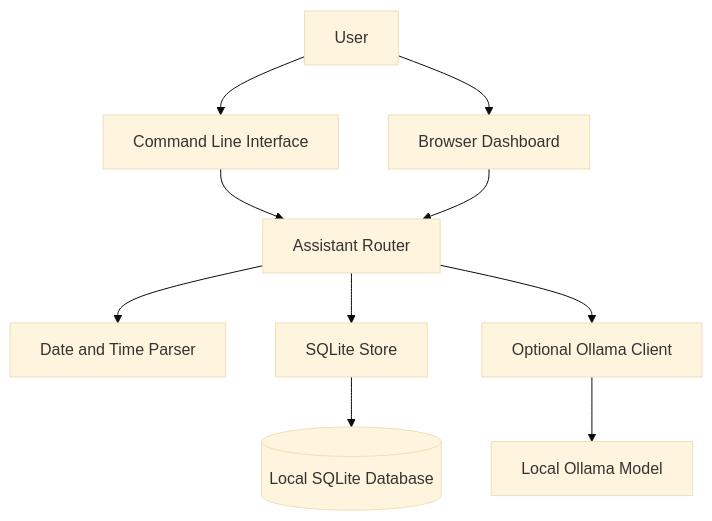
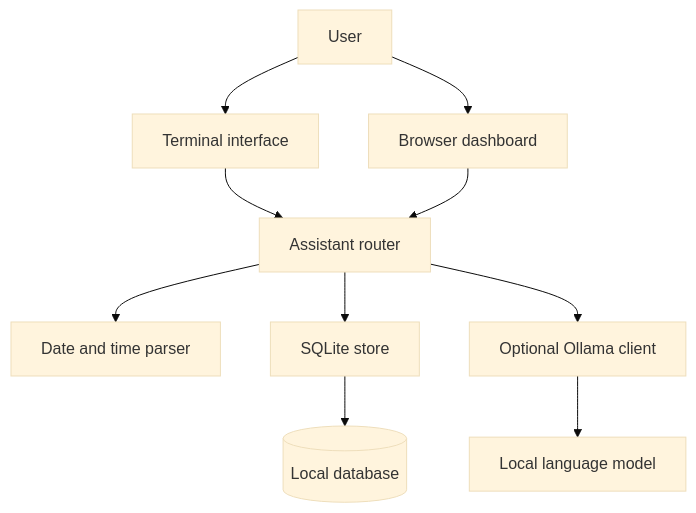
Before and after one commit to ansh44233/jarvis-assistant: the diagram in README.md, drawn with Mermaid (base theme). The commit also changed other lines of this file, not shown here.

````diff
--- a/README.md
+++ b/README.md
@@ -233,12 +155,12 @@
 ```mermaid
 flowchart TD
-    U[User] --> CLI[Command Line Interface]
-    U --> WEB[Browser Dashboard]
-    CLI --> CORE[Assistant Router]
-    WEB --> CORE
-    CORE --> TIME[Date and Time Parser]
-    CORE --> STORE[SQLite Store]
-    CORE --> AI[Optional Ollama Client]
-    STORE --> DB[(Local SQLite Database)]
-    AI --> MODEL[Local Ollama Model]
+    U[User] --> CLI[Terminal interface]
+    U --> UI[Browser dashboard]
+    CLI --> CORE[Assistant router]
+    UI --> CORE
+    CORE --> PARSER[Date and time parser]
+    CORE --> STORE[SQLite store]
+    CORE --> AI[Optional Ollama client]
+    STORE --> DB[(Local database)]
+    AI --> MODEL[Local language model]
 ```
````
